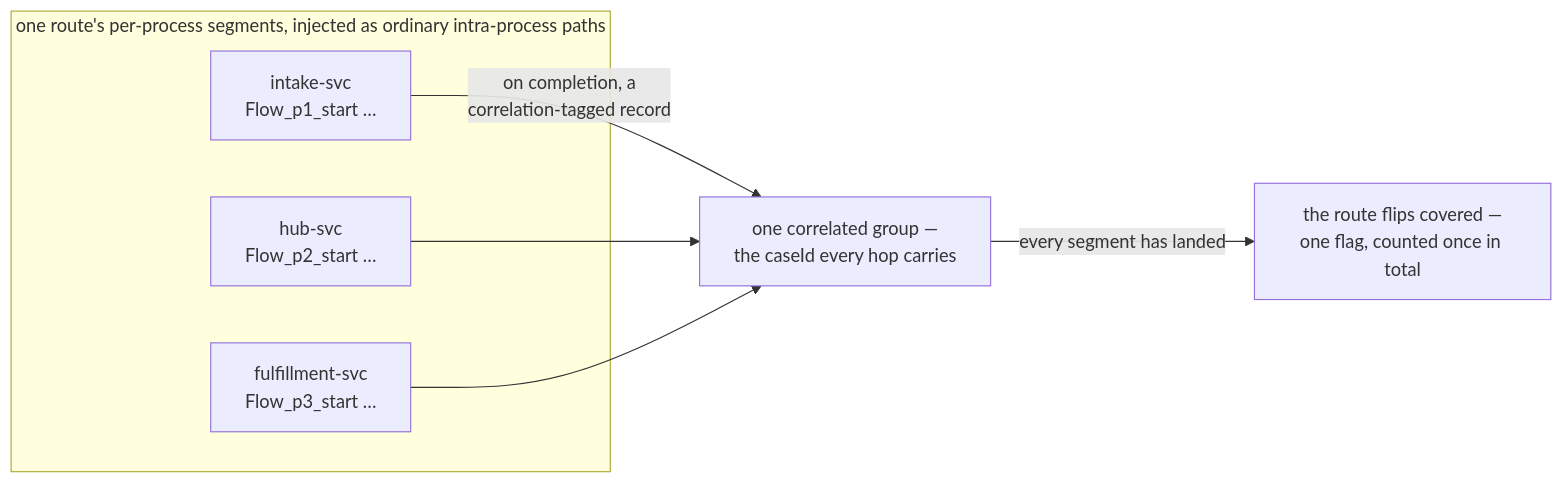
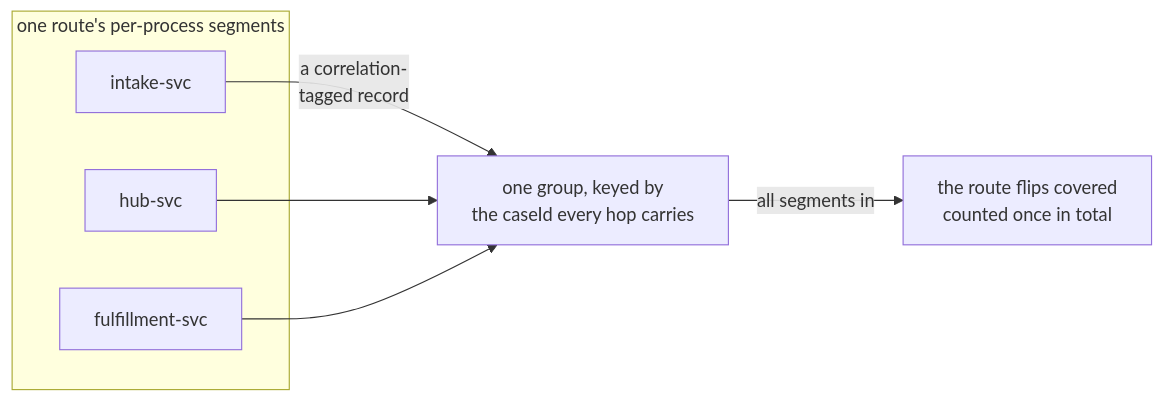
One commit to startr-trade/sutra changed the second of 2 diagrams in docs/src/building/coverage.md. Above: the diagram before and after it, drawn with Mermaid. The commit also changed 18 other files, not shown here.

Commit message:
(docs) Update to the documentation diagrams

````diff
--- a/docs/src/building/coverage.md
+++ b/docs/src/building/coverage.md
@@ -159,12 +159,12 @@
 ```mermaid
 flowchart LR
-    subgraph SEG["one route's per-process segments, injected as ordinary intra-process paths"]
-        A["intake-svc<br/>Flow_p1_start …"]
-        B["hub-svc<br/>Flow_p2_start …"]
-        C["fulfillment-svc<br/>Flow_p3_start …"]
+    subgraph SEG["one route's per-process segments"]
+        A["intake-svc"]
+        B["hub-svc"]
+        C["fulfillment-svc"]
     end
-    A -->|"on completion, a<br/>correlation-tagged record"| G
+    A -->|"a correlation-<br/>tagged record"| G
     B --> G
     C --> G
-    G["one correlated group —<br/>the caseId every hop carries"] -->|"every segment has landed"| F["the route flips covered —<br/>one flag, counted once in total"]
+    G["one group, keyed by<br/>the caseId every hop carries"] -->|"all segments in"| F["the route flips covered<br/>counted once in total"]
 ```
````
